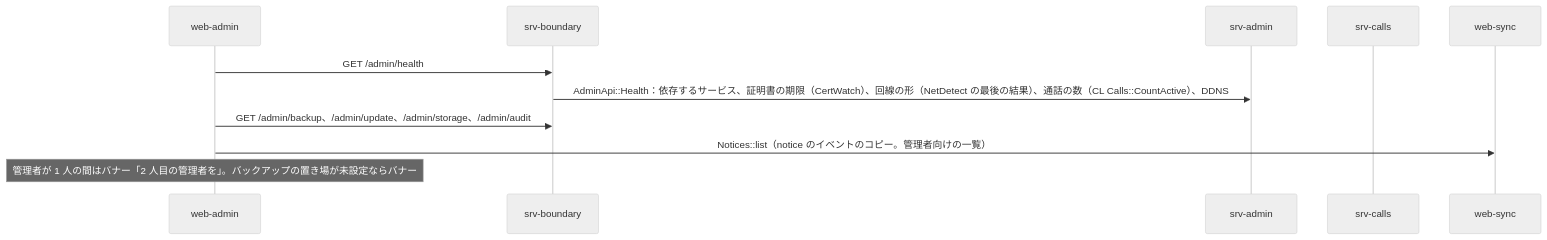
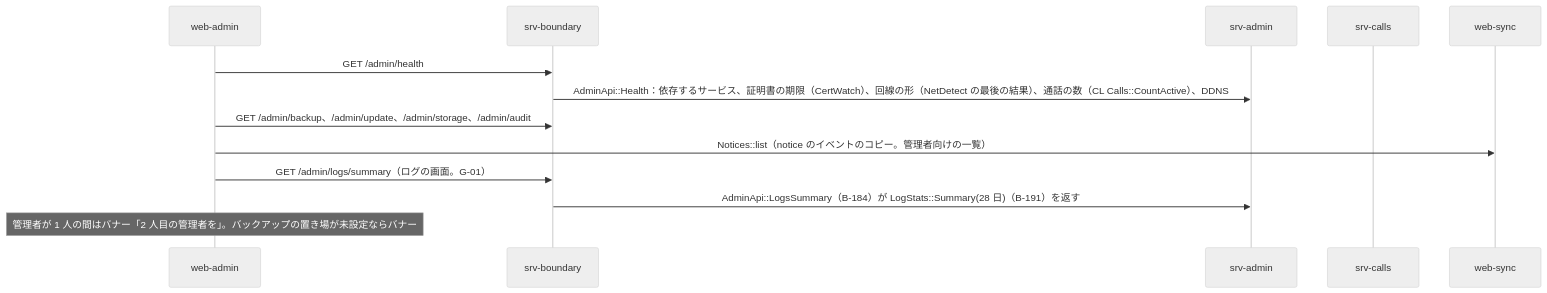
Before and after one commit to nrsd-ishikawasou/family-talk-pwa: the third of 3 diagrams in dev/docs/jp/シーケンス/11_管理者.md, drawn with Mermaid (neutral theme). The commit also changed other lines of this file and 290 other files, not shown here.

````diff
--- a/dev/docs/jp/シーケンス/11_管理者.md
+++ b/dev/docs/jp/シーケンス/11_管理者.md
@@ -68,13 +80,15 @@
 ```mermaid
 sequenceDiagram
   participant A as web-admin
   participant BD as srv-boundary
   participant AD as srv-admin
   participant CL as srv-calls
   participant WS as web-sync
   A->>BD: GET /admin/health
   BD->>AD: AdminApi::Health：依存するサービス、証明書の期限（CertWatch）、回線の形（NetDetect の最後の結果）、通話の数（CL Calls::CountActive）、DDNS
   A->>BD: GET /admin/backup、/admin/update、/admin/storage、/admin/audit
   A->>WS: Notices::list（notice のイベントのコピー。管理者向けの一覧）
+  A->>BD: GET /admin/logs/summary（ログの画面。G-01）
+  BD->>AD: AdminApi::LogsSummary（B-184）が LogStats::Summary(28 日)（B-191）を返す
   Note over A: 管理者が 1 人の間はバナー「2 人目の管理者を」。バックアップの置き場が未設定ならバナー
 ```
````
